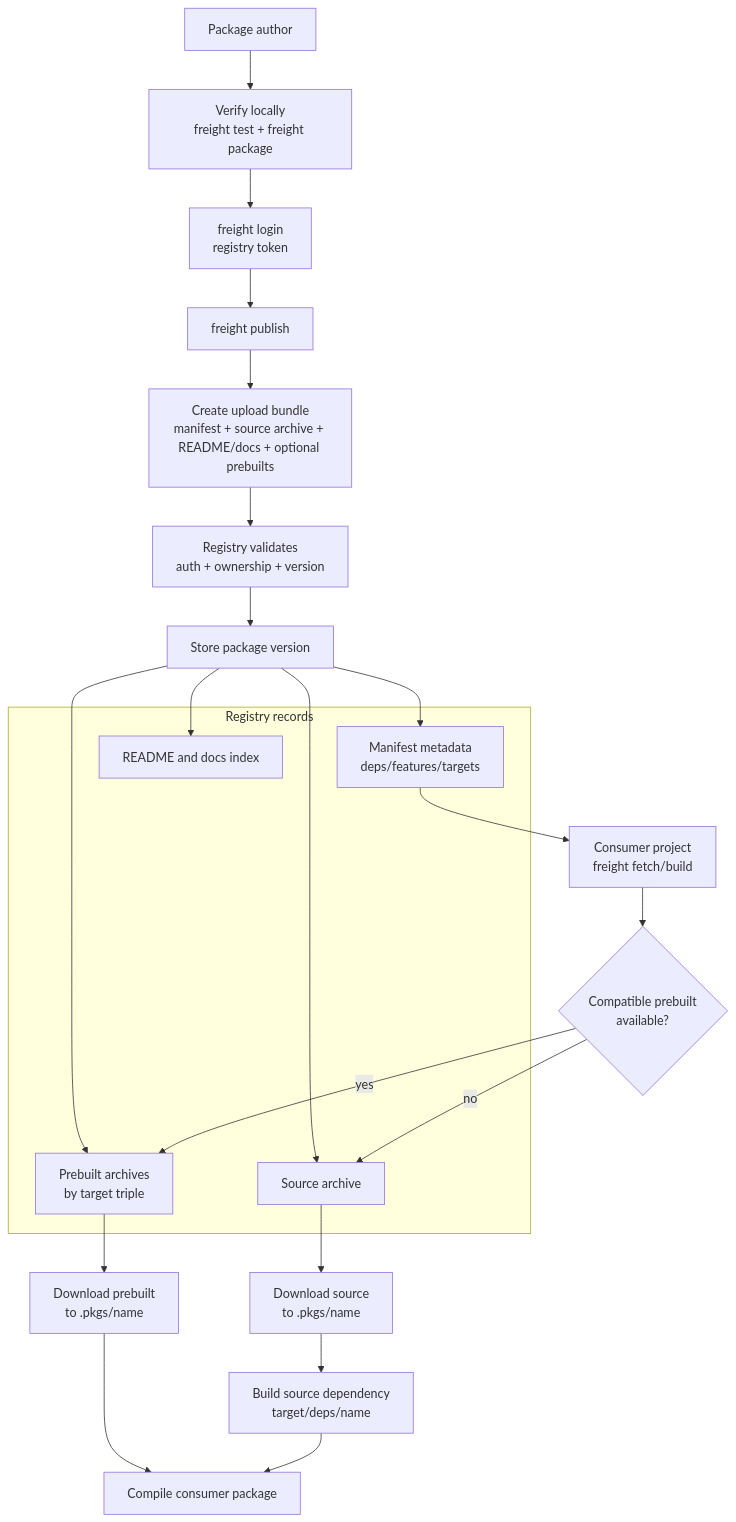
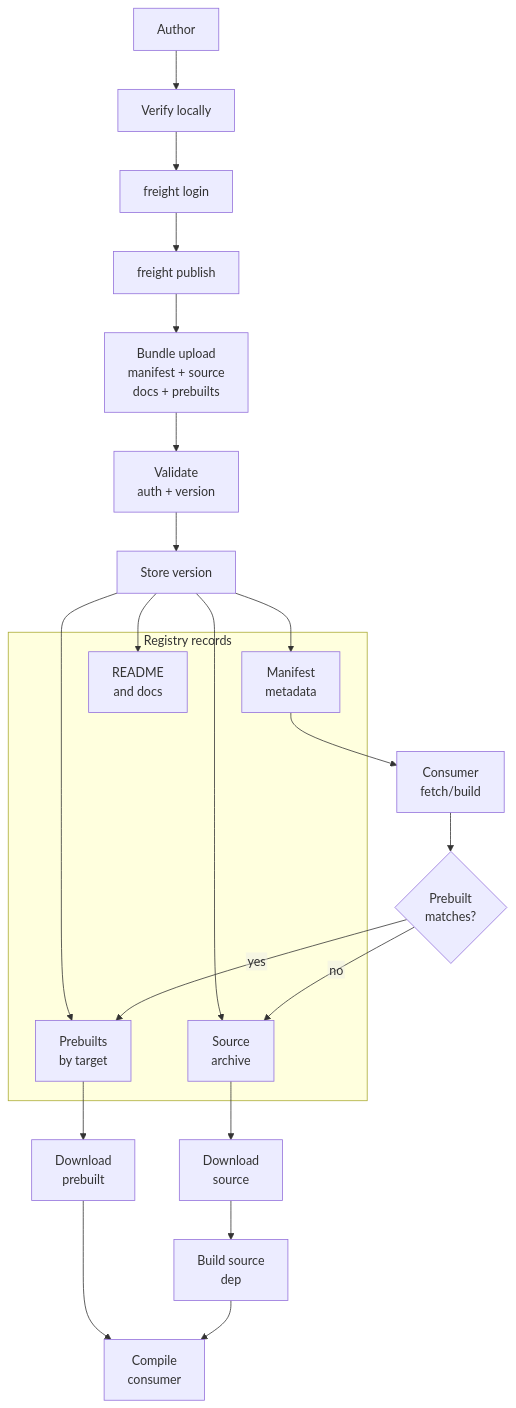
The diagram in diagrams/publish-registry.mmd (freight-app/freight-docs), drawn with Mermaid before and after one commit. The commit also changed 7 other files, not shown here.

Commit message:
docs: improve diagram label readability

```diff
--- a/diagrams/publish-registry.mmd
+++ b/diagrams/publish-registry.mmd
@@ -1,32 +1,33 @@
+%%{init: {"flowchart": {"htmlLabels": false}} }%%
 flowchart TD
-  author["Package author"]
-  verify["Verify locally<br/>freight test + freight package"]
-  login["freight login<br/>registry token"]
+  author["Author"]
+  verify["Verify locally"]
+  login["freight login"]
   publish["freight publish"]
-  bundle["Create upload bundle<br/>manifest + source archive + README/docs + optional prebuilts"]
+  bundle["Bundle upload<br/>manifest + source<br/>docs + prebuilts"]
 
-  validate["Registry validates<br/>auth + ownership + version"]
-  store["Store package version"]
+  validate["Validate<br/>auth + version"]
+  store["Store version"]
 
   subgraph stored["Registry records"]
-    metadata["Manifest metadata<br/>deps/features/targets"]
-    source["Source archive"]
-    docs["README and docs index"]
-    prebuilts["Prebuilt archives<br/>by target triple"]
+    metadata["Manifest<br/>metadata"]
+    source["Source<br/>archive"]
+    docs["README<br/>and docs"]
+    prebuilts["Prebuilts<br/>by target"]
   end
 
-  consumer["Consumer project<br/>freight fetch/build"]
-  choose{"Compatible prebuilt<br/>available?"}
-  downloadPrebuilt["Download prebuilt<br/>to .pkgs/name"]
-  downloadSource["Download source<br/>to .pkgs/name"]
-  buildSource["Build source dependency<br/>target/deps/name"]
-  compile["Compile consumer package"]
+  consumer["Consumer<br/>fetch/build"]
+  choose{"Prebuilt<br/>matches?"}
+  downloadPrebuilt["Download<br/>prebuilt"]
+  downloadSource["Download<br/>source"]
+  buildSource["Build source<br/>dep"]
+  compile["Compile<br/>consumer"]
 
   author --> verify --> login --> publish --> bundle --> validate --> store
   store --> metadata
   store --> source
   store --> docs
   store --> prebuilts
   metadata --> consumer --> choose
   choose -- "yes" --> prebuilts --> downloadPrebuilt --> compile
   choose -- "no" --> source --> downloadSource --> buildSource --> compile
```
